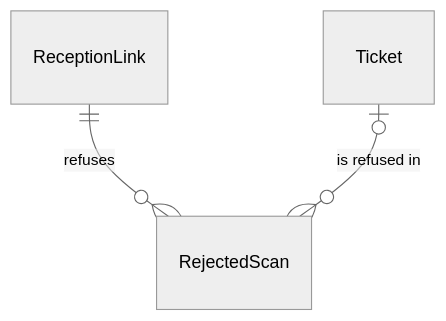
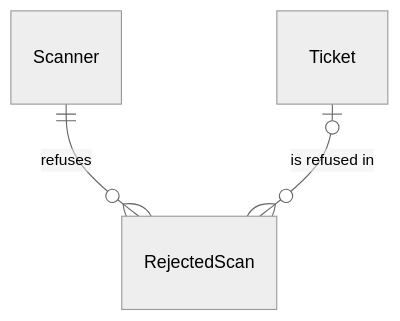
One commit to liverty-music/specification changed the diagram in openspec/specs/components/entity/rejected-scan/spec.md. Above: the diagram before and after it, drawn with Mermaid (neutral theme). The commit also changed other lines of this file and 8 other files, not shown here.

First line of the commit message:
docs(openspec): name the Scanner in the admission and rejected-scan Purposes

````diff
--- a/openspec/specs/components/entity/rejected-scan/spec.md
+++ b/openspec/specs/components/entity/rejected-scan/spec.md
@@ -14,5 +14,5 @@
 ```mermaid
 erDiagram
-  ReceptionLink ||--o{ RejectedScan : "refuses"
+  Scanner ||--o{ RejectedScan : "refuses"
   Ticket |o--o{ RejectedScan : "is refused in"
 ```
````
